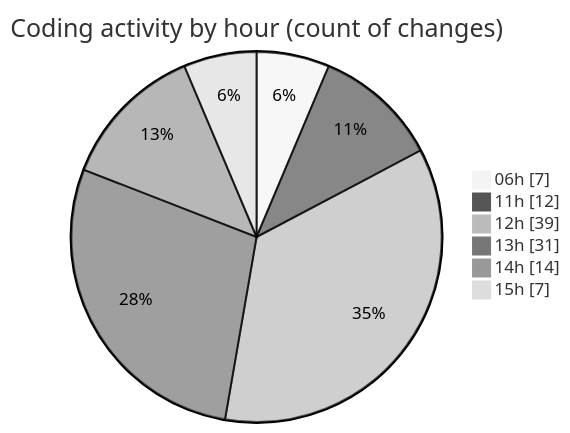
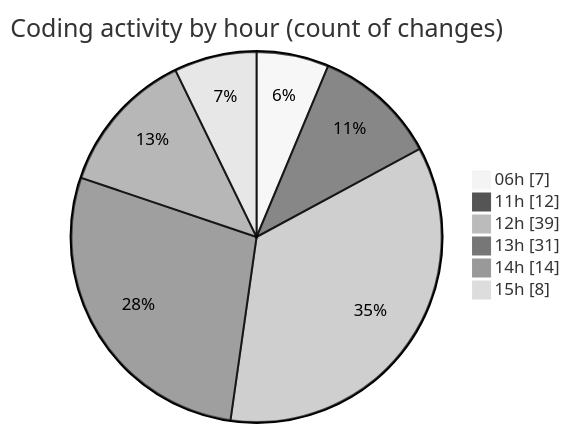
The second of 2 diagrams in 2025-07-14/ribbon/README.md (EIIisD/code-tracking), drawn with Mermaid (neutral theme) before and after one commit. The commit also changed other lines of this file and 1 other file, not shown here.

````diff
--- a/2025-07-14/ribbon/README.md
+++ b/2025-07-14/ribbon/README.md
@@ -64,10 +64,10 @@
 ```mermaid
 pie showData
 title Coding activity by hour (count of changes)
 "06h" : 7
 "11h" : 12
 "12h" : 39
 "13h" : 31
 "14h" : 14
-"15h" : 7
+"15h" : 8
 ```
````
